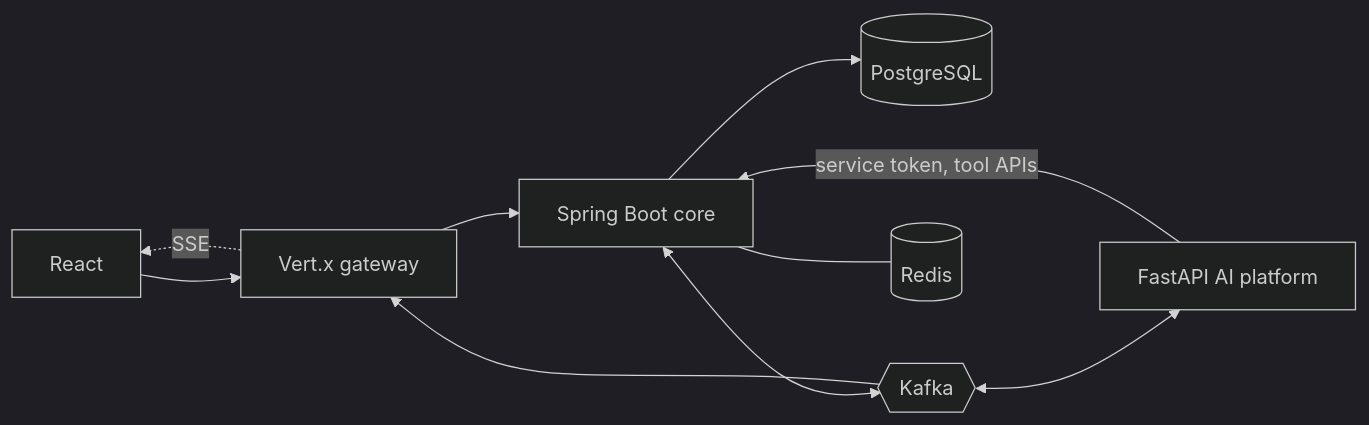
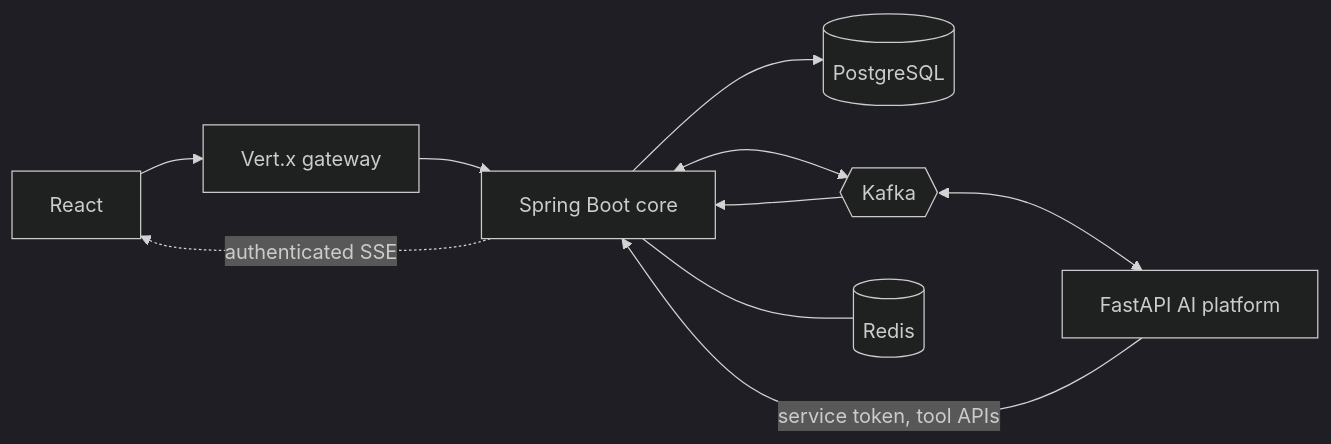
The diagram in docs/MIGRATION_PLAN.md (shivammiyyy/ProcuraX), drawn with Mermaid (dark theme) before and after one commit. The commit also changed other lines of this file and 220 other files, not shown here.

````diff
--- a/docs/MIGRATION_PLAN.md
+++ b/docs/MIGRATION_PLAN.md
@@ -31,12 +46,12 @@
 ```mermaid
 flowchart LR
   React --> GW[Vert.x gateway]
   GW --> Core[Spring Boot core]
   Core --> PG[(PostgreSQL)]
   Core <--> K{{Kafka}}
   K <--> AI[FastAPI AI platform]
-  K --> GW
-  GW -. SSE .-> React
+  K --> Core
+  Core -. authenticated SSE .-> React
   Core --- Redis[(Redis)]
   AI -->|service token, tool APIs| Core
 ```
````
